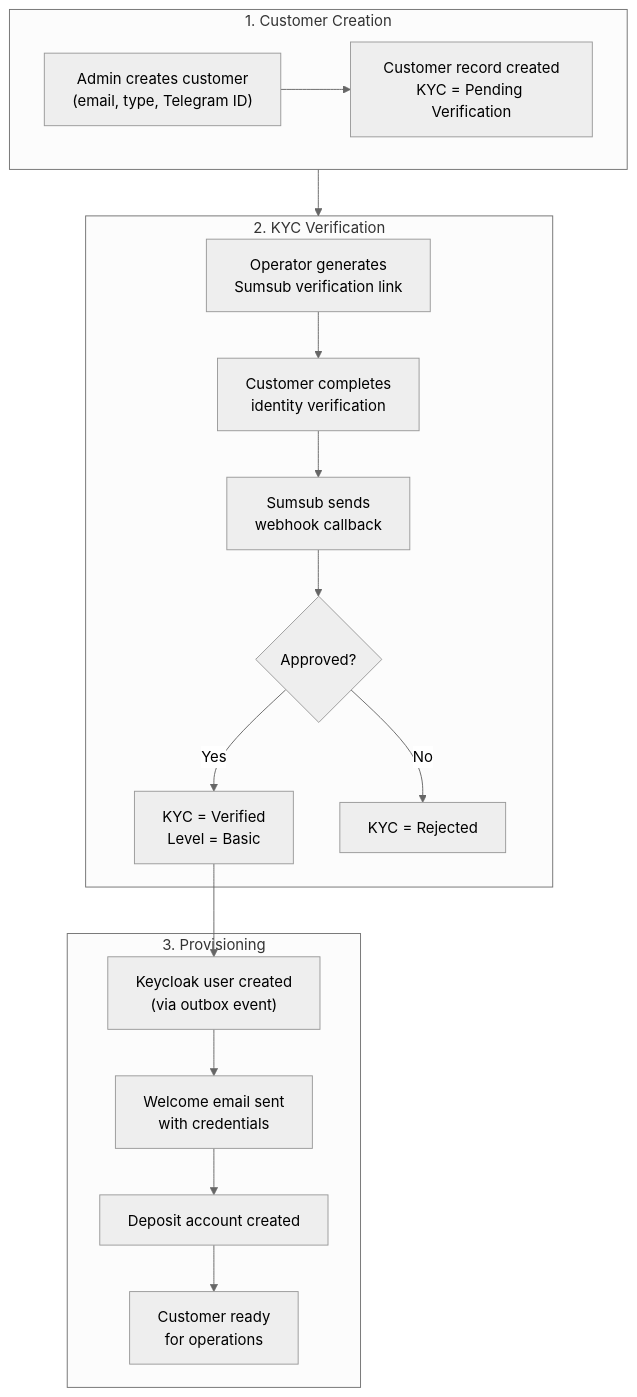
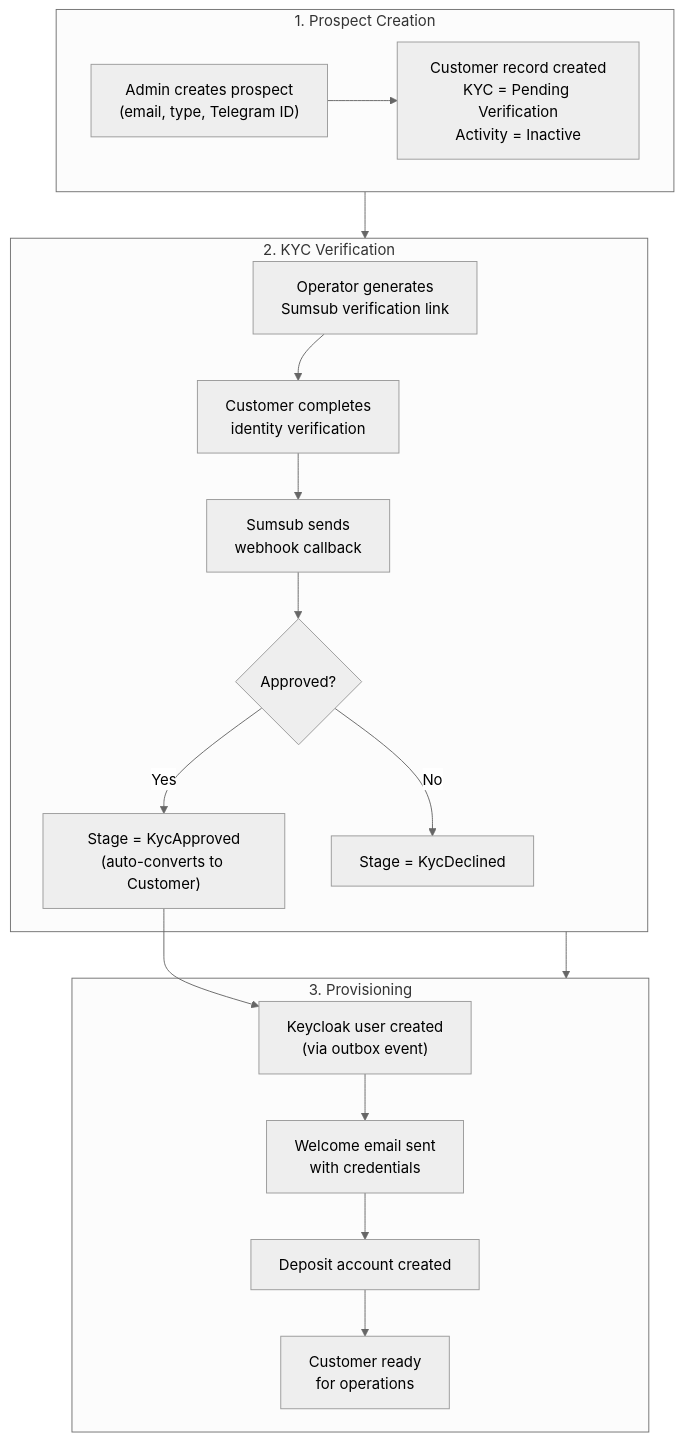
Before and after one commit to GaloyMoney/lana-bank: the diagram in docs-site/docs/technical-documentation/customers/onboarding.md, drawn with Mermaid (neutral theme). The commit also changed other lines of this file and 3 other files, not shown here.

````diff
--- a/docs-site/docs/technical-documentation/customers/onboarding.md
+++ b/docs-site/docs/technical-documentation/customers/onboarding.md
@@ -13,19 +13,20 @@
 ```mermaid
 graph TD
-    subgraph S1["1. Customer Creation"]
-        CREATE["Admin creates customer<br/>(email, type, Telegram ID)"] --> PENDING["Customer record created<br/>KYC = Pending Verification"]
+    subgraph S1["1. Prospect Creation"]
+        CREATE["Admin creates prospect<br/>(email, type, Telegram ID)"] --> PENDING["Customer record created<br/>KYC = Pending Verification<br/>Activity = Inactive"]
     end
     subgraph S2["2. KYC Verification"]
         LINK["Operator generates<br/>Sumsub verification link"] --> CUST["Customer completes<br/>identity verification"] --> HOOK["Sumsub sends<br/>webhook callback"]
         HOOK --> RESULT{Approved?}
-        RESULT -->|Yes| APPROVED["KYC = Verified<br/>Level = Basic"]
-        RESULT -->|No| REJECTED["KYC = Rejected"]
+        RESULT -->|Yes| KYCBASIC["Stage = KycApproved<br/>(auto-converts to Customer)"]
+        RESULT -->|No| KYCDECLINED["Stage = KycDeclined"]
     end
     subgraph S3["3. Provisioning"]
-        APPROVED --> KC["Keycloak user created<br/>(via outbox event)"]
+        KYCBASIC --> KC["Keycloak user created<br/>(via outbox event)"]
         KC --> EMAIL["Welcome email sent<br/>with credentials"]
         EMAIL --> DEPACC["Deposit account created"]
         DEPACC --> ACTIVE["Customer ready<br/>for operations"]
     end
     S1 --> S2
+    S2 --> S3
 ```
````
